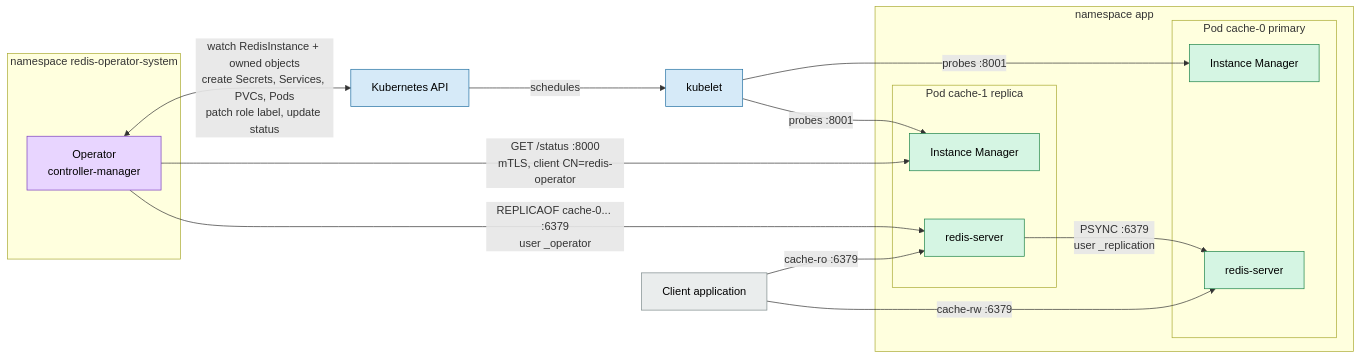
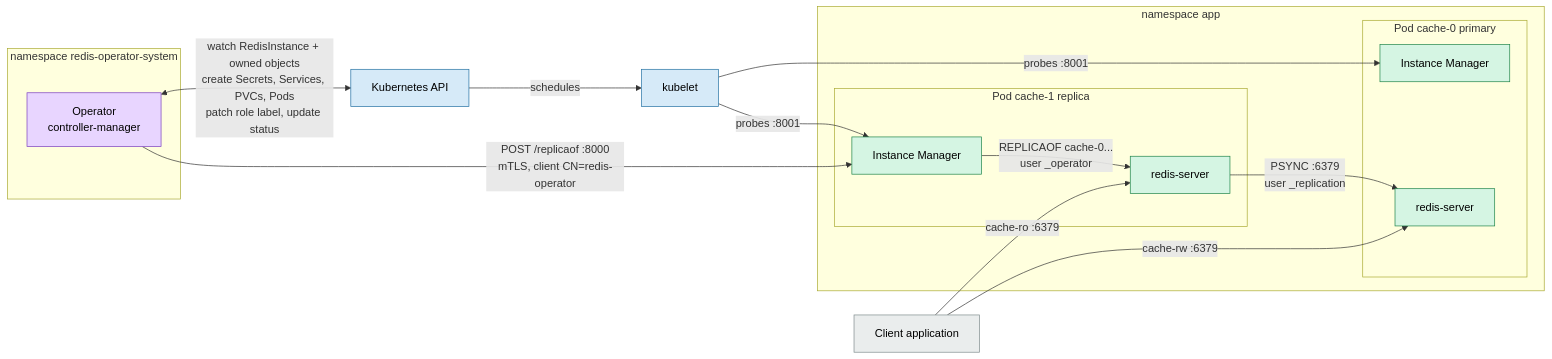
The fourth of 5 diagrams in docs/architecture.md (MrPickle311/redis-operator), drawn with Mermaid before and after one commit. The commit also changed other lines of this file and 18 other files, not shown here.

First line of the commit message:
Replace direct Redis connection with `POST /replicaof` via Instance Manager

````diff
--- a/docs/architecture.md
+++ b/docs/architecture.md
@@ -159,35 +160,35 @@
 ```mermaid
 flowchart LR
     classDef op fill:#e8d5ff,stroke:#7b3fbf,color:#000
     classDef k8s fill:#d6eaf8,stroke:#2471a3,color:#000
     classDef pod fill:#d5f5e3,stroke:#1e8449,color:#000
     classDef user fill:#eaeded,stroke:#7f8c8d,color:#000
 
     subgraph opns [namespace redis-operator-system]
         OP["Operator<br/>controller-manager"]:::op
     end
 
     API["Kubernetes API"]:::k8s
     KUBELET["kubelet"]:::k8s
     APP["Client application"]:::user
 
     subgraph appns [namespace app]
         subgraph p0 [Pod cache-0 primary]
             IM0["Instance Manager"]:::pod
             RS0["redis-server"]:::pod
         end
         subgraph p1 [Pod cache-1 replica]
             IM1["Instance Manager"]:::pod
             RS1["redis-server"]:::pod
         end
     end
 
     OP <-- "watch RedisInstance + owned objects<br/>create Secrets, Services, PVCs, Pods<br/>patch role label, update status" --> API
     API -- schedules --> KUBELET
     KUBELET -- "probes :8001" --> IM0 & IM1
-    OP -- "GET /status :8000<br/>mTLS, client CN=redis-operator" --> IM1
-    OP -- "REPLICAOF cache-0... :6379<br/>user _operator" --> RS1
+    OP -- "POST /replicaof :8000<br/>mTLS, client CN=redis-operator" --> IM1
+    IM1 -- "REPLICAOF cache-0... <br/>user _operator" --> RS1
     RS1 -- "PSYNC :6379<br/>user _replication" --> RS0
     APP -- "cache-rw :6379" --> RS0
     APP -- "cache-ro :6379" --> RS1
 ```
````
